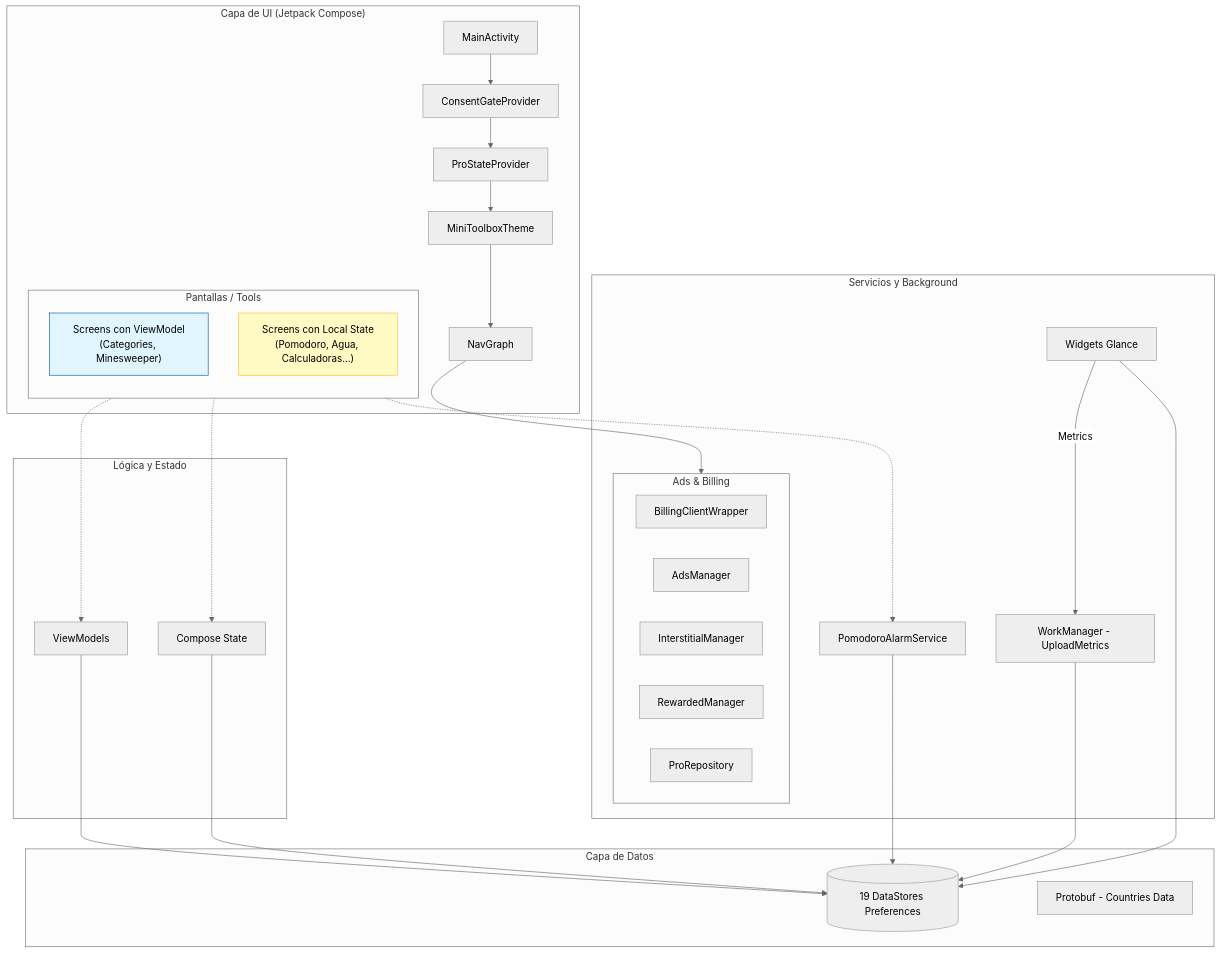
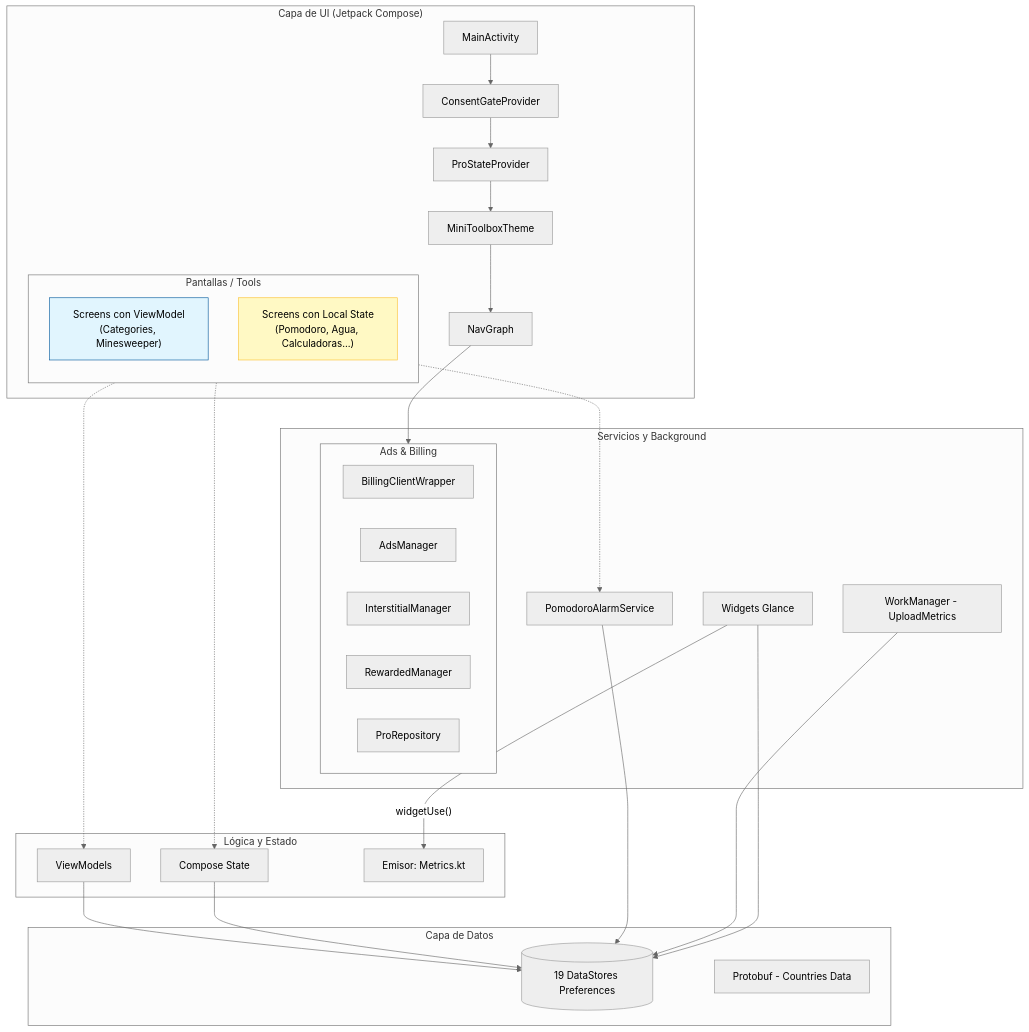
Before and after one commit to JoaquinSasso/MiniToolbox: the first of 4 diagrams in docs/architecture.md, drawn with Mermaid (neutral theme). The commit also changed other lines of this file, not shown here.

First line of the commit message:
docs: corrección factual de arquitectura y diagramas de telemetría

````diff
--- a/docs/architecture.md
+++ b/docs/architecture.md
@@ -18,51 +18,52 @@
 ```mermaid
 graph TD
     subgraph UI_Layer ["Capa de UI (Jetpack Compose)"]
         MA[MainActivity] --> CG[ConsentGateProvider]
         CG --> PSP[ProStateProvider]
         PSP --> MT[MiniToolboxTheme]
         MT --> NG[NavGraph]
         
         subgraph Screens ["Pantallas / Tools"]
             direction TB
             VM_Screens["Screens con ViewModel<br/>(Categories, Minesweeper)"]
             State_Screens["Screens con Local State<br/>(Pomodoro, Agua, Calculadoras...)"]
             style VM_Screens fill:#e1f5fe,stroke:#01579b
             style State_Screens fill:#fff9c4,stroke:#fbc02d
         end
     end
 
     subgraph Logic_State ["Lógica y Estado"]
         VM[ViewModels]
         CS[Compose State]
+        MET[Emisor: Metrics.kt]
     end
 
     subgraph Services_Background ["Servicios y Background"]
         subgraph Ads_Billing ["Ads & Billing"]
             BM[BillingClientWrapper]
             AM[AdsManager]
             IM[InterstitialManager]
             RM[RewardedManager]
             PR[ProRepository]
         end
         PAS[PomodoroAlarmService]
         WM[WorkManager - UploadMetrics]
         GW[Widgets Glance]
     end
 
     subgraph Data_Layer ["Capa de Datos"]
         DS[(19 DataStores Preferences)]
         PB[Protobuf - Countries Data]
     end
 
     VM_Screens -.-> VM
     State_Screens -.-> CS
     VM --> DS
     CS --> DS
     PAS --> DS
     WM --> DS
     GW --> DS
     NG --> Ads_Billing
     State_Screens -.-> PAS
-    GW -- "Metrics" --> WM
+    GW -- "widgetUse()" --> MET
 ```
````
